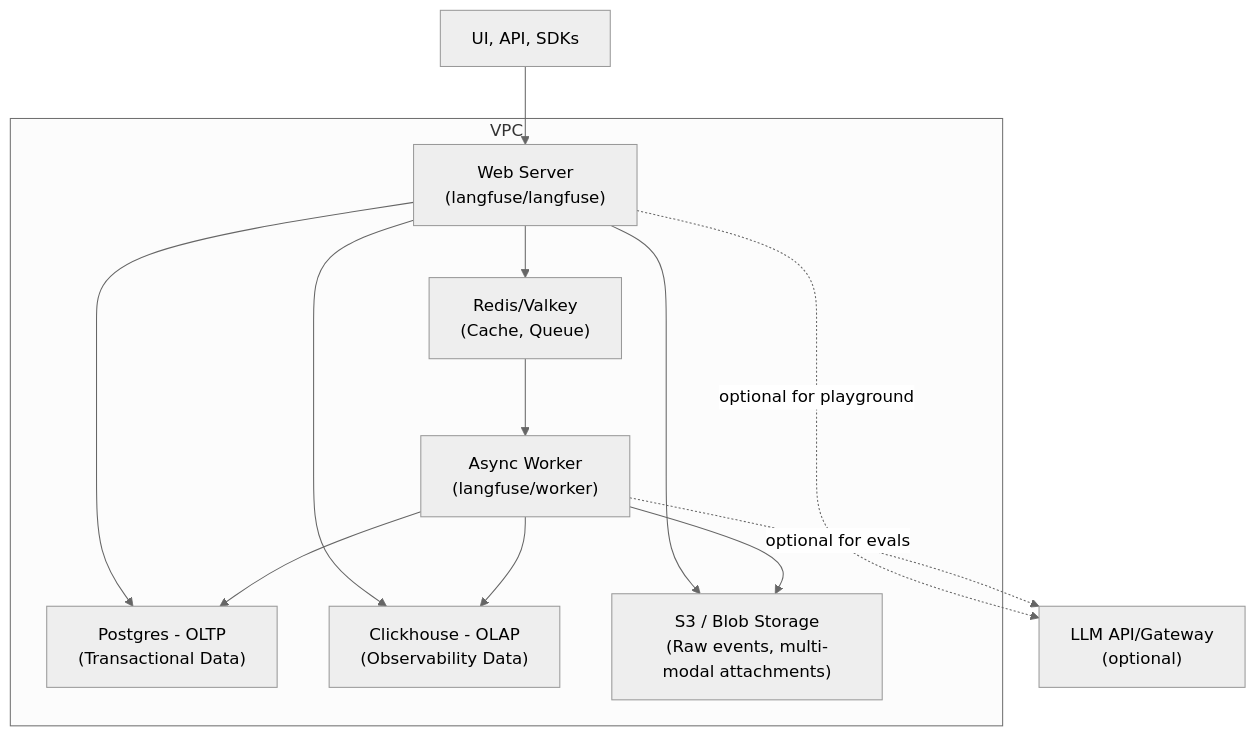
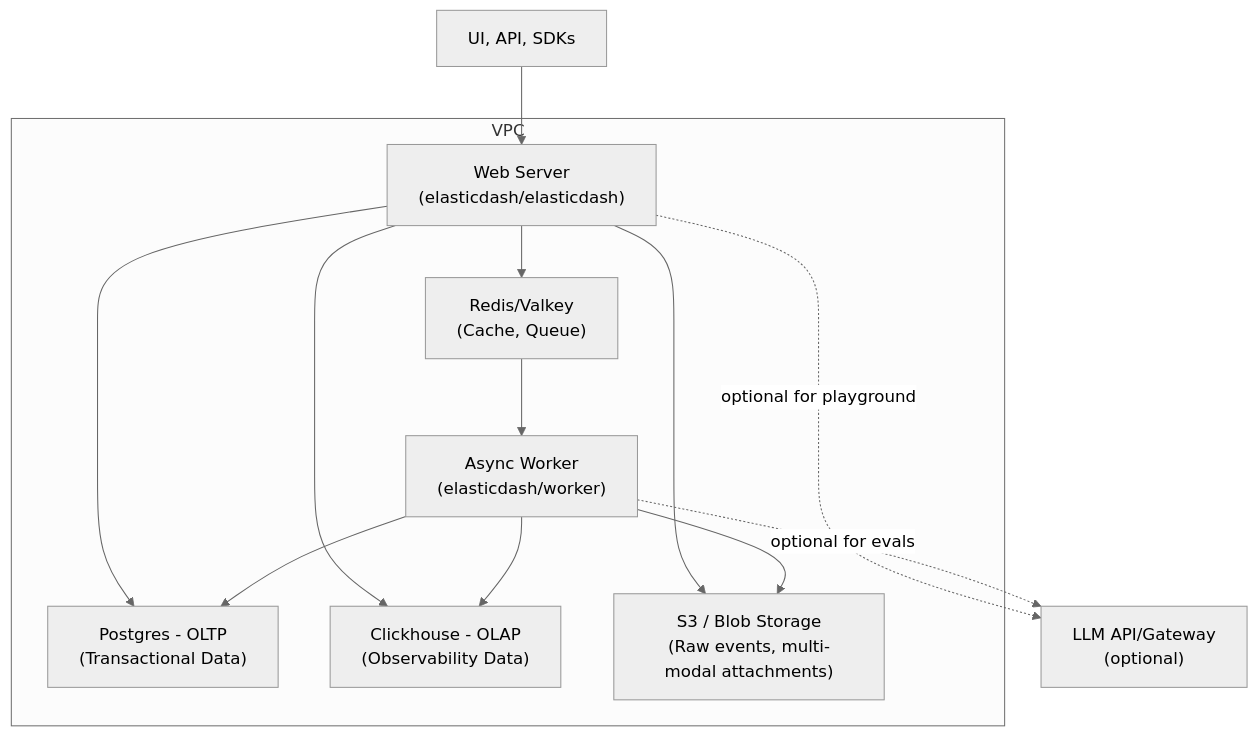
The diagram in CONTRIBUTING.md (ElasticDash/ElasticDash-Logger), drawn with Mermaid (neutral theme) before and after one commit. The commit also changed other lines of this file and 50 other files, not shown here.

````diff
--- a/CONTRIBUTING.md
+++ b/CONTRIBUTING.md
@@ -64,26 +64,26 @@
 ```mermaid
 flowchart TB
     User["UI, API, SDKs"]
     subgraph vpc["VPC"]
-        Web["Web Server<br/>(langfuse/langfuse)"]
-        Worker["Async Worker<br/>(langfuse/worker)"]
+        Web["Web Server<br/>(elasticdash/elasticdash)"]
+        Worker["Async Worker<br/>(elasticdash/worker)"]
         Postgres["Postgres - OLTP<br/>(Transactional Data)"]
         Cache["Redis/Valkey<br/>(Cache, Queue)"]
         Clickhouse["Clickhouse - OLAP<br/>(Observability Data)"]
         S3["S3 / Blob Storage<br/>(Raw events, multi-modal attachments)"]
     end
     LLM["LLM API/Gateway<br/>(optional)"]
 
     User --> Web
     Web --> S3
     Web --> Postgres
     Web --> Cache
     Web --> Clickhouse
     Web -.->|"optional for playground"| LLM
 
     Cache --> Worker
     Worker --> Clickhouse
     Worker --> Postgres
     Worker --> S3
     Worker -.->|"optional for evals"| LLM
 ```
````
